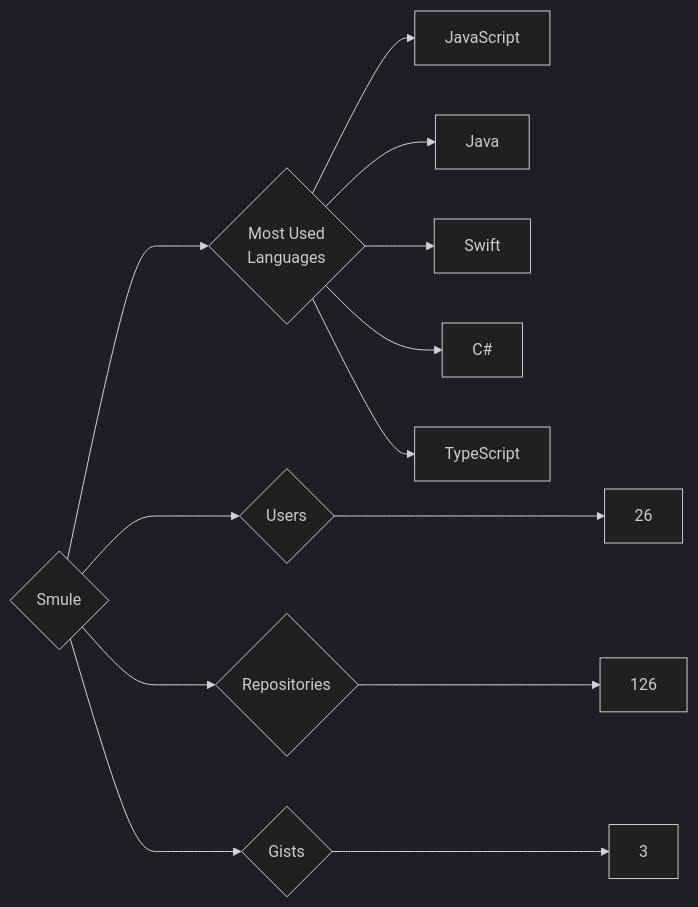
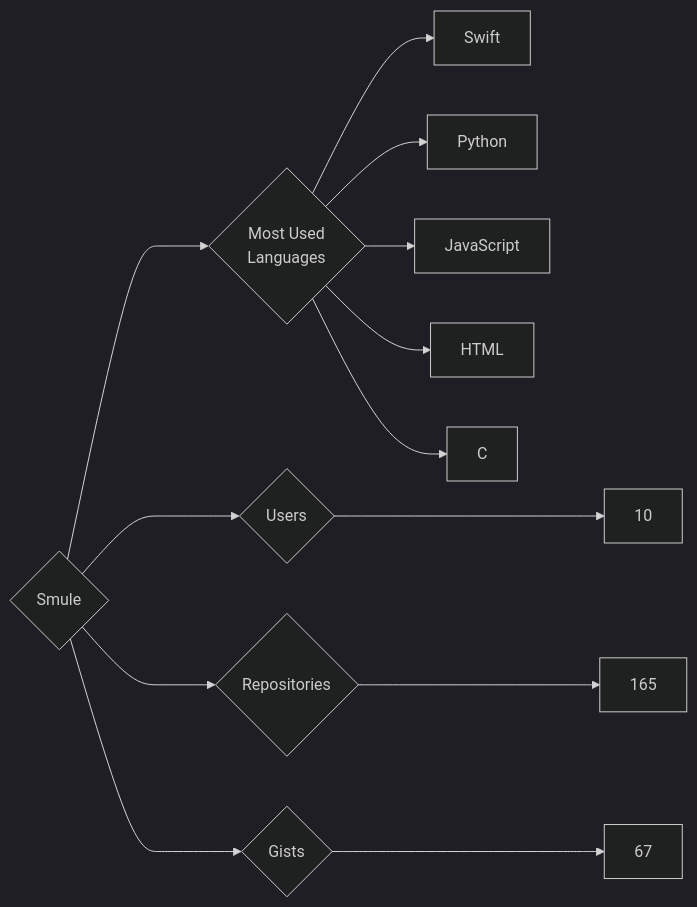
The diagram in targets/Smule/README.md (trickest/insiders), drawn with Mermaid (dark theme) before and after one commit. The commit also changed 940 other files, not shown here.

````diff
--- a/targets/Smule/README.md
+++ b/targets/Smule/README.md
@@ -3,13 +3,13 @@
 ```mermaid
 graph LR
 COMPANY_NAME{Smule}
-COMPANY_NAME ---> U{Users} ---> UN[26]
-COMPANY_NAME ---> R{Repositories} ---> RN[126]
-COMPANY_NAME ---> G{Gists} ---> GN[3]
+COMPANY_NAME ---> U{Users} ---> UN[10]
+COMPANY_NAME ---> R{Repositories} ---> RN[165]
+COMPANY_NAME ---> G{Gists} ---> GN[67]
 COMPANY_NAME ---> ML{Most Used<br>Languages}
+ML --> Swift[Swift]
+ML --> Python[Python]
 ML --> JavaScript[JavaScript]
-ML --> Java[Java]
-ML --> Swift[Swift]
-ML --> C#[C#]
-ML --> TypeScript[TypeScript]
+ML --> HTML[HTML]
+ML --> C[C]
 ```
````
